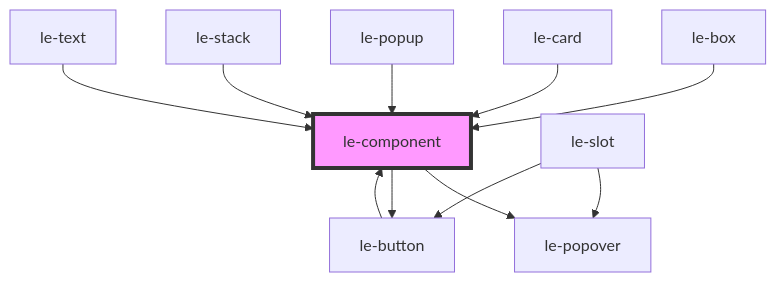
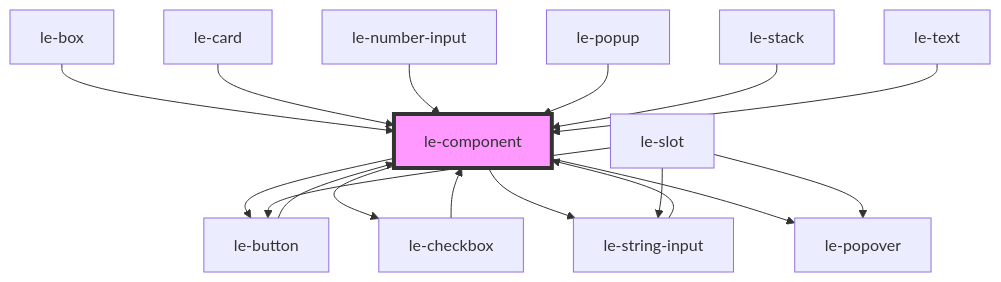
Before and after one commit to leechy/le-kit: the diagram in src/components/le-component/readme.md, drawn with Mermaid. The commit also changed other lines of this file and 30 other files, not shown here.

````diff
--- a/src/components/le-component/readme.md
+++ b/src/components/le-component/readme.md
@@ -66,14 +71,20 @@
 ```mermaid
 graph TD;
+  le-component --> le-button
+  le-component --> le-checkbox
+  le-component --> le-string-input
   le-component --> le-popover
-  le-component --> le-button
   le-button --> le-component
   le-slot --> le-popover
   le-slot --> le-button
+  le-slot --> le-string-input
+  le-string-input --> le-component
+  le-checkbox --> le-component
   le-box --> le-component
   le-card --> le-component
+  le-number-input --> le-component
   le-popup --> le-component
   le-stack --> le-component
   le-text --> le-component
   style le-component fill:#f9f,stroke:#333,stroke-width:4px
 ```
````
